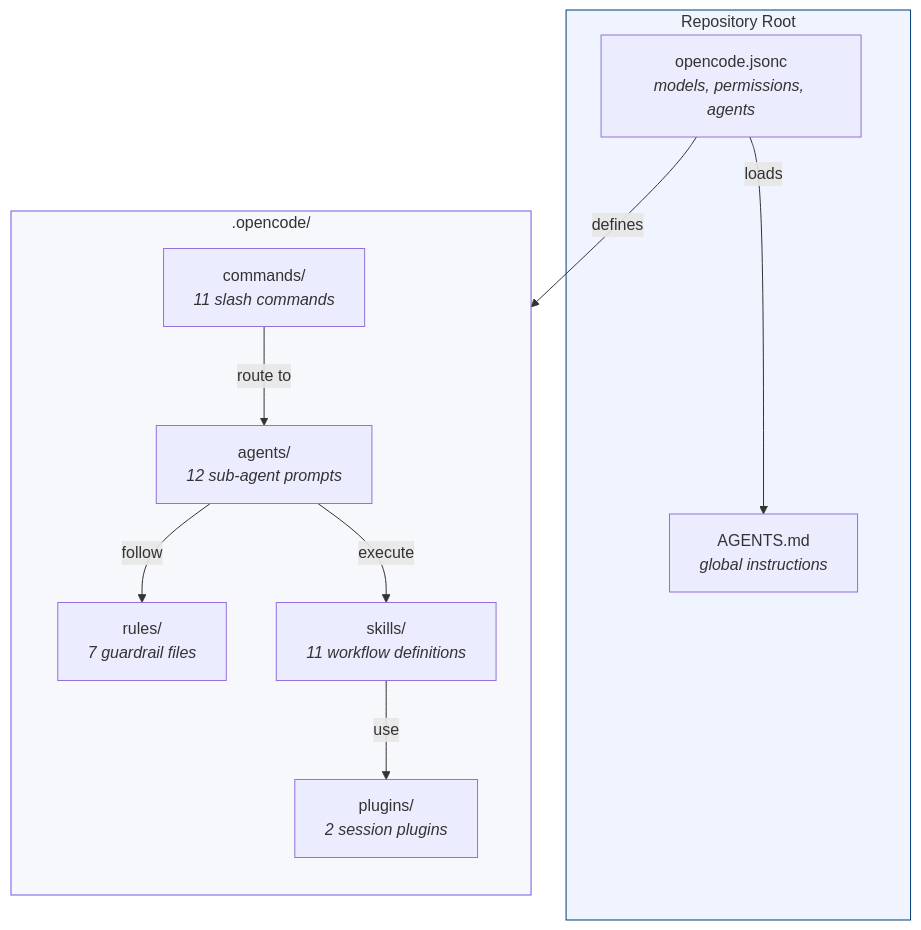
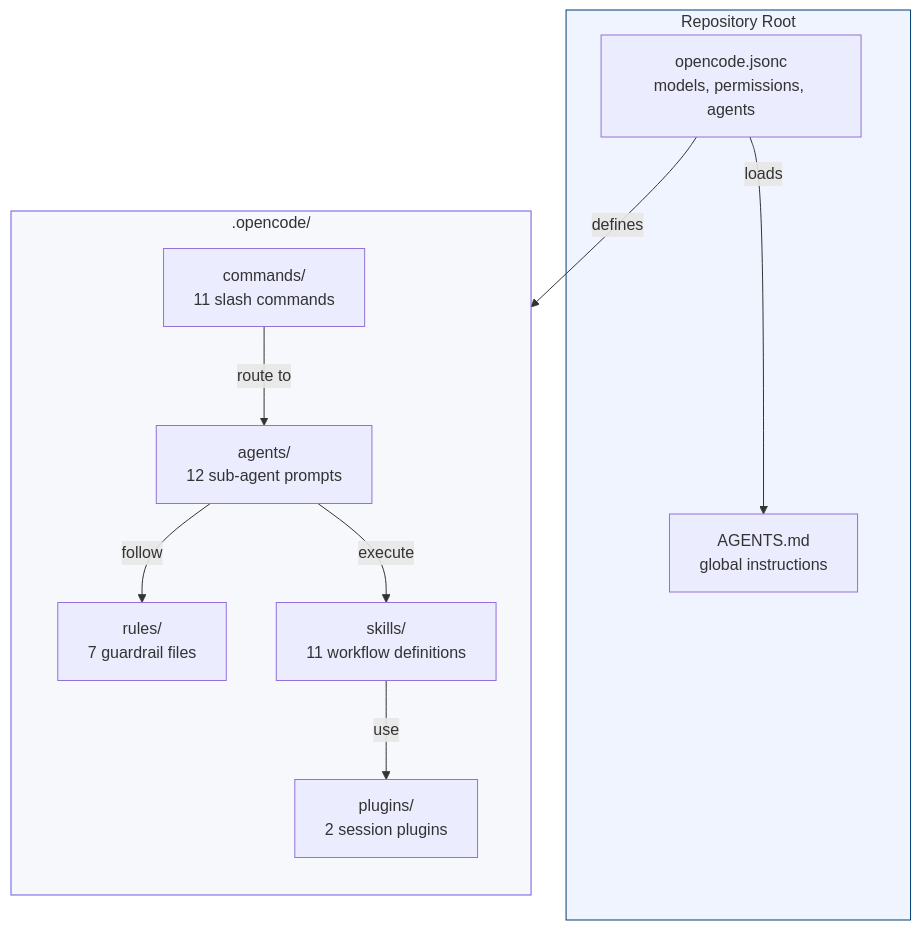
The first of 7 diagrams in docs/operations/opencode-configuration.md (mock-server/mockserver), drawn with Mermaid before and after one commit. The commit also changed other lines of this file and 21 other files, not shown here.

First line of the commit message:
fix(docs): remove HTML tags from Mermaid diagrams to fix GitHub rendering

````diff
--- a/docs/operations/opencode-configuration.md
+++ b/docs/operations/opencode-configuration.md
@@ -11,26 +11,33 @@
 ```mermaid
 flowchart TB
     subgraph Root["Repository Root"]
-        CONFIG["opencode.jsonc<br/><i>models, permissions, agents</i>"]
-        AGENTS_MD["AGENTS.md<br/><i>global instructions</i>"]
+        CONFIG["opencode.jsonc
+models, permissions, agents"]
+        AGENTS_MD["AGENTS.md
+global instructions"]
     end
 
     subgraph Harness[".opencode/"]
         direction TB
-        AG["agents/<br/><i>12 sub-agent prompts</i>"]
-        RU["rules/<br/><i>7 guardrail files</i>"]
-        SK["skills/<br/><i>11 workflow definitions</i>"]
-        CM["commands/<br/><i>11 slash commands</i>"]
-        PL["plugins/<br/><i>2 session plugins</i>"]
+        AG["agents/
+12 sub-agent prompts"]
+        RU["rules/
+7 guardrail files"]
+        SK["skills/
+11 workflow definitions"]
+        CM["commands/
+11 slash commands"]
+        PL["plugins/
+2 session plugins"]
     end
 
     CONFIG -->|"loads"| AGENTS_MD
     CONFIG -->|"defines"| AG
     AG -->|"follow"| RU
     AG -->|"execute"| SK
     CM -->|"route to"| AG
     SK -->|"use"| PL
 
     style Root fill:#f0f4ff,stroke:#003d75
     style Harness fill:#f7f8fc,stroke:#6b5ce7
 ```
````
